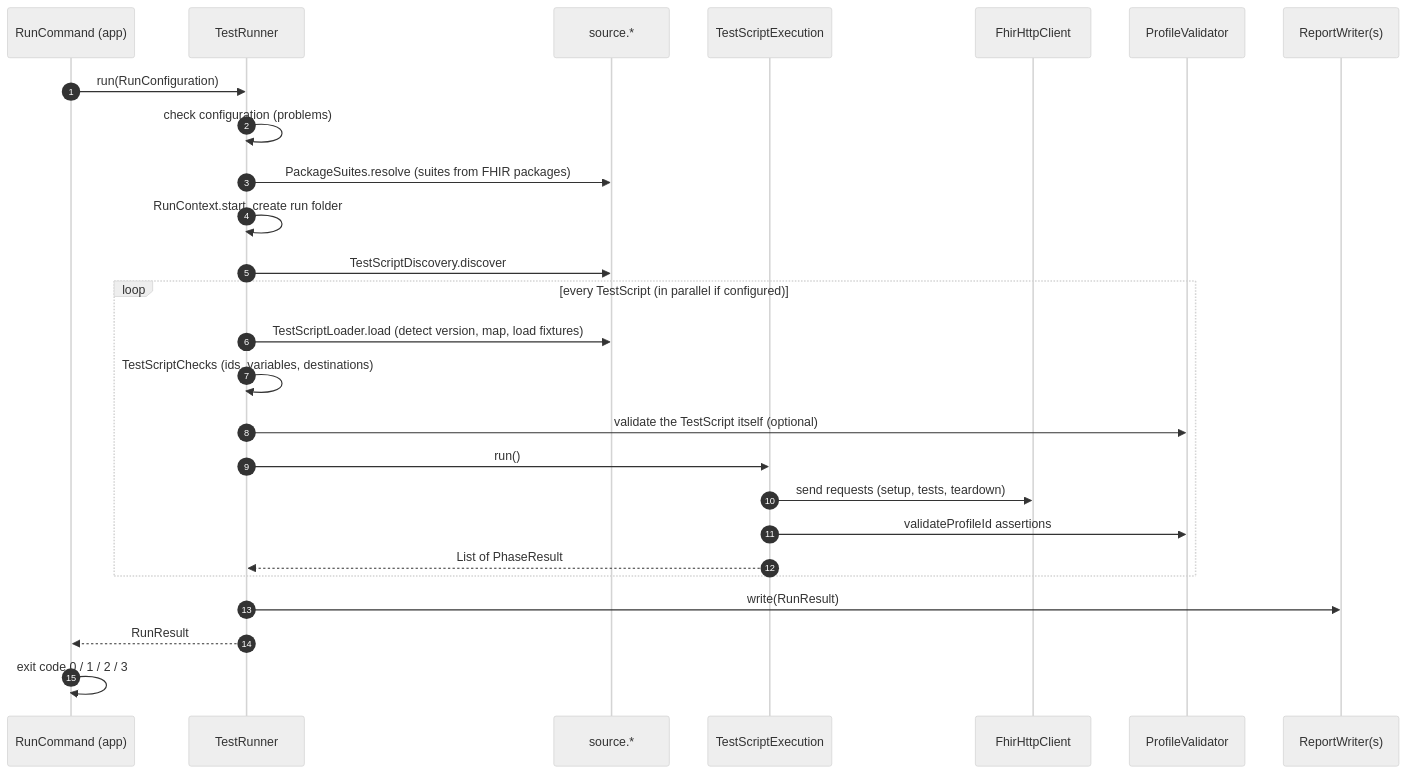
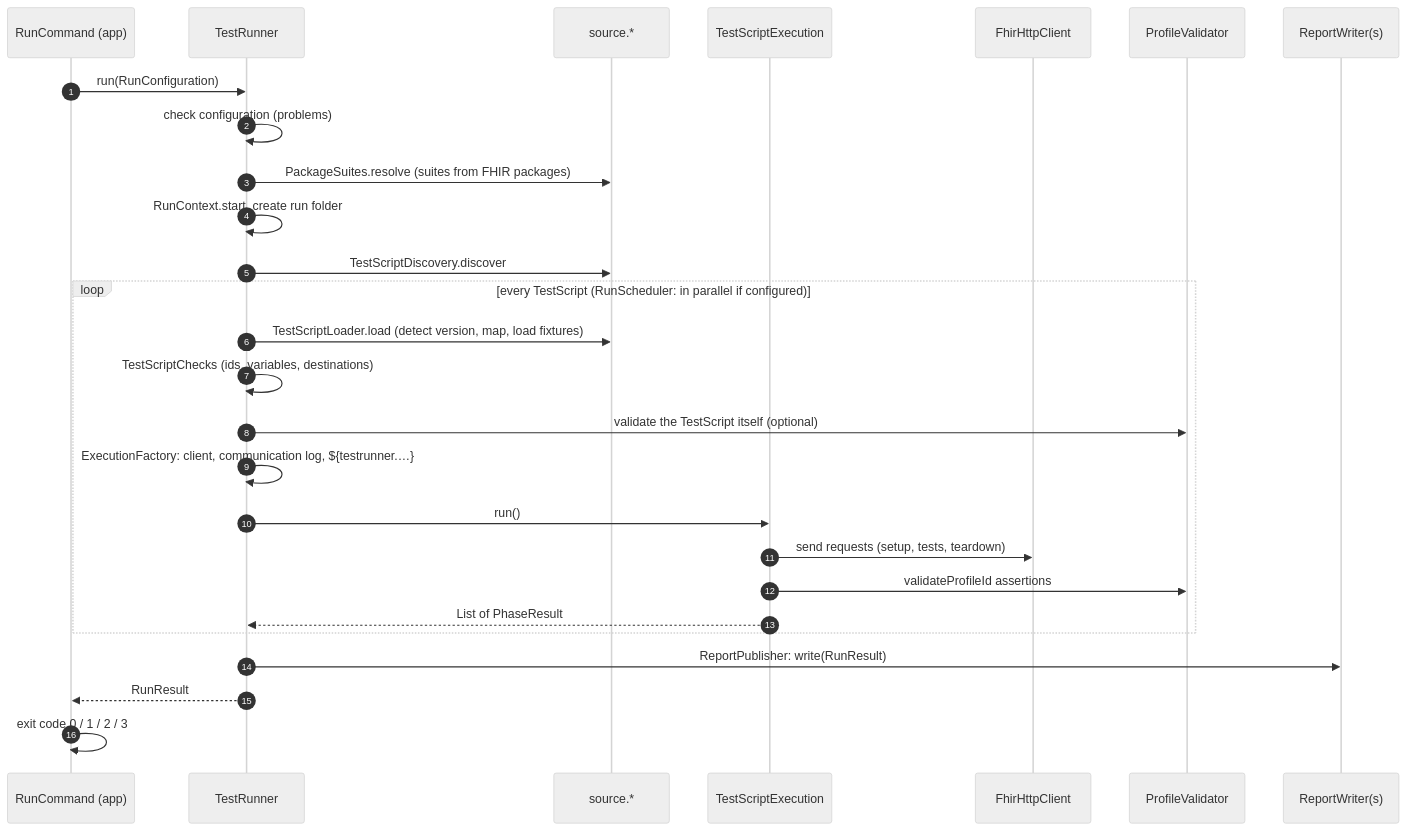
Before and after one commit to mratzenb/FHIR-TestRunner: the first of 5 diagrams in docs/wiki/run-lifecycle.md, drawn with Mermaid (neutral theme). The commit also changed other lines of this file and 12 other files, not shown here.

````diff
--- a/docs/wiki/run-lifecycle.md
+++ b/docs/wiki/run-lifecycle.md
@@ -9,29 +9,30 @@
 ```mermaid
 sequenceDiagram
     autonumber
     participant App as RunCommand (app)
     participant TR as TestRunner
     participant Src as source.*
     participant Ex as TestScriptExecution
     participant Http as FhirHttpClient
     participant Val as ProfileValidator
     participant Rep as ReportWriter(s)
 
     App->>TR: run(RunConfiguration)
     TR->>TR: check configuration (problems)
     TR->>Src: PackageSuites.resolve (suites from FHIR packages)
     TR->>TR: RunContext.start, create run folder
     TR->>Src: TestScriptDiscovery.discover
-    loop every TestScript (in parallel if configured)
+    loop every TestScript (RunScheduler: in parallel if configured)
         TR->>Src: TestScriptLoader.load (detect version, map, load fixtures)
         TR->>TR: TestScriptChecks (ids, variables, destinations)
         TR->>Val: validate the TestScript itself (optional)
+        TR->>TR: ExecutionFactory: client, communication log, ${testrunner.…}
         TR->>Ex: run()
         Ex->>Http: send requests (setup, tests, teardown)
         Ex->>Val: validateProfileId assertions
         Ex-->>TR: List of PhaseResult
     end
-    TR->>Rep: write(RunResult)
+    TR->>Rep: ReportPublisher: write(RunResult)
     TR-->>App: RunResult
     App->>App: exit code 0 / 1 / 2 / 3
 ```
````
